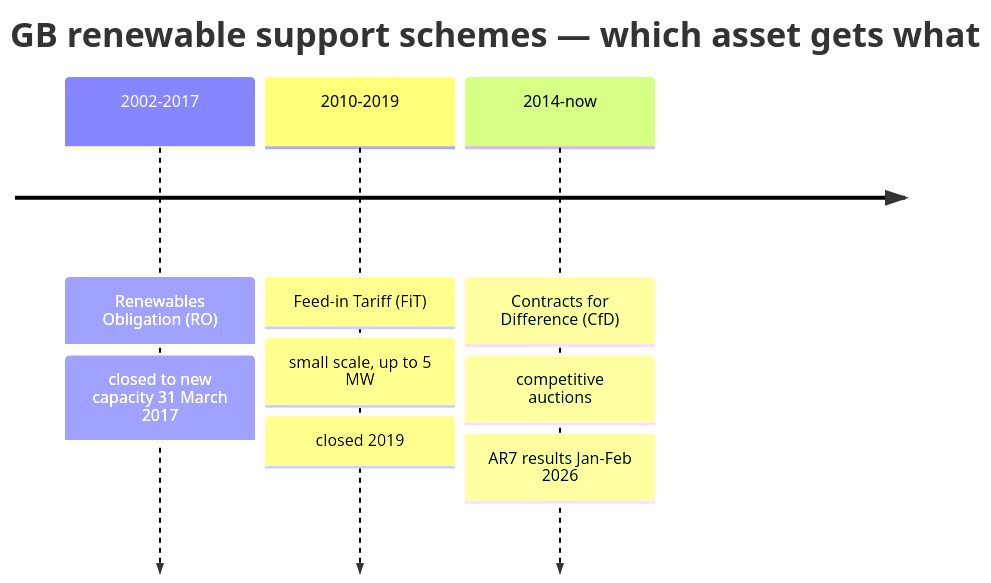
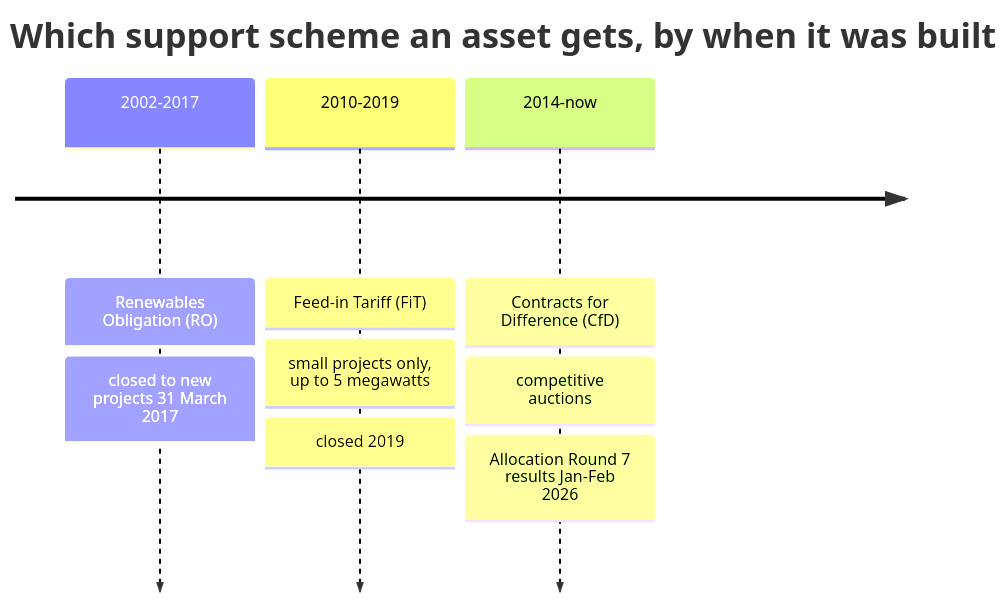
Before and after one commit to cwkcodes/lockbox: the second of 4 diagrams in curriculum/modules/D1-wind-solar-bess-revenue-stack.md, drawn with Mermaid. The commit also changed other lines of this file and 2 other files, not shown here.

````diff
--- a/curriculum/modules/D1-wind-solar-bess-revenue-stack.md
+++ b/curriculum/modules/D1-wind-solar-bess-revenue-stack.md
@@ -180,7 +387,7 @@
 ```mermaid
 timeline
-  title GB renewable support schemes — which asset gets what
-  2002-2017 : Renewables Obligation (RO) : closed to new capacity 31 March 2017
-  2010-2019 : Feed-in Tariff (FiT) : small scale, up to 5 MW : closed 2019
-  2014-now  : Contracts for Difference (CfD) : competitive auctions : AR7 results Jan-Feb 2026
+  title Which support scheme an asset gets, by when it was built
+  2002-2017 : Renewables Obligation (RO) : closed to new projects 31 March 2017
+  2010-2019 : Feed-in Tariff (FiT) : small projects only, up to 5 megawatts : closed 2019
+  2014-now  : Contracts for Difference (CfD) : competitive auctions : Allocation Round 7 results Jan-Feb 2026
 ```
````
